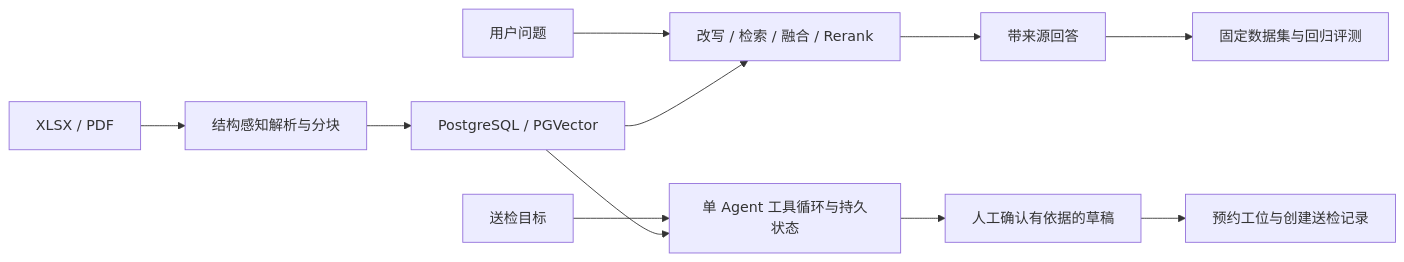
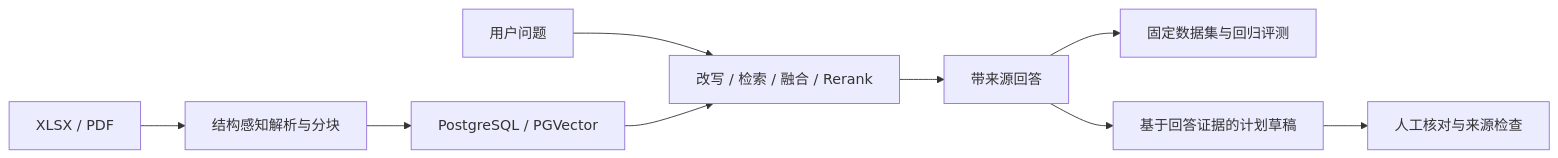
Before and after one commit to qiyu-lu/ragent: the diagram in README.md, drawn with Mermaid. The commit also changed other lines of this file and 71 other files, not shown here.

````diff
--- a/README.md
+++ b/README.md
@@ -7,13 +9,11 @@
 ```mermaid
 flowchart LR
     A[XLSX / PDF] --> B[结构感知解析与分块]
     B --> C[PostgreSQL / PGVector]
     Q[用户问题] --> D[改写 / 检索 / 融合 / Rerank]
     C --> D
     D --> E[带来源回答]
     E --> F[固定数据集与回归评测]
-    T[送检目标] --> G[单 Agent 工具循环与持久状态]
-    C --> G
-    G --> H[人工确认有依据的草稿]
-    H --> I[预约工位与创建送检记录]
+    E --> G[基于回答证据的计划草稿]
+    G --> H[人工核对与来源检查]
 ```
````
